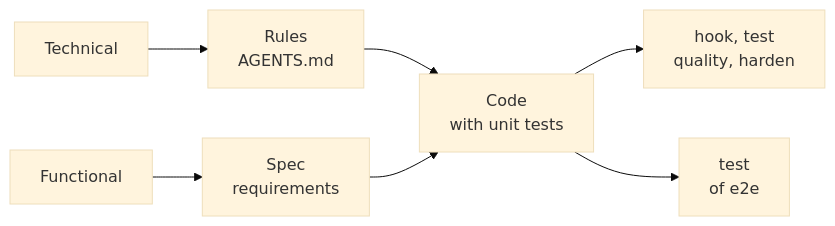
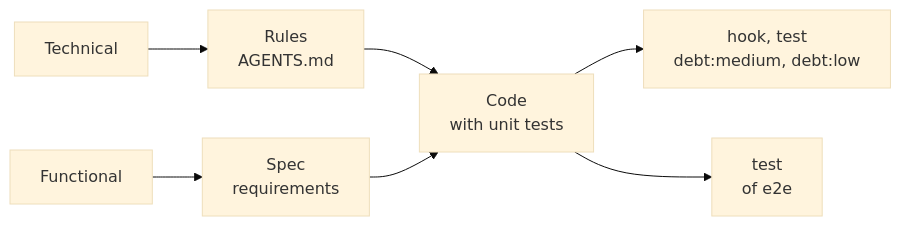
The diagram in docs/engineering/README.md (AIDDbot/AIDDbot), drawn with Mermaid (base theme) before and after one commit. The commit also changed other lines of this file and 9 other files, not shown here.

First line of the commit message:
docs: debt slots by level, test:spec, unit tests in the hook (step 1b)

````diff
--- a/docs/engineering/README.md
+++ b/docs/engineering/README.md
@@ -15,9 +15,9 @@
 ```mermaid
 flowchart LR
     TECH[Technical] --> rules[Rules<br/>AGENTS.md]
     FUNC[Functional] --> spec[Spec<br/>requirements]
     rules --> CODE[Code<br/>with unit tests]
     spec --> CODE
-    CODE --> techCheck[hook, test<br/>quality, harden]
+    CODE --> techCheck[hook, test<br/>debt:medium, debt:low]
     CODE --> specCheck[test<br/>of e2e]
 ```
````
